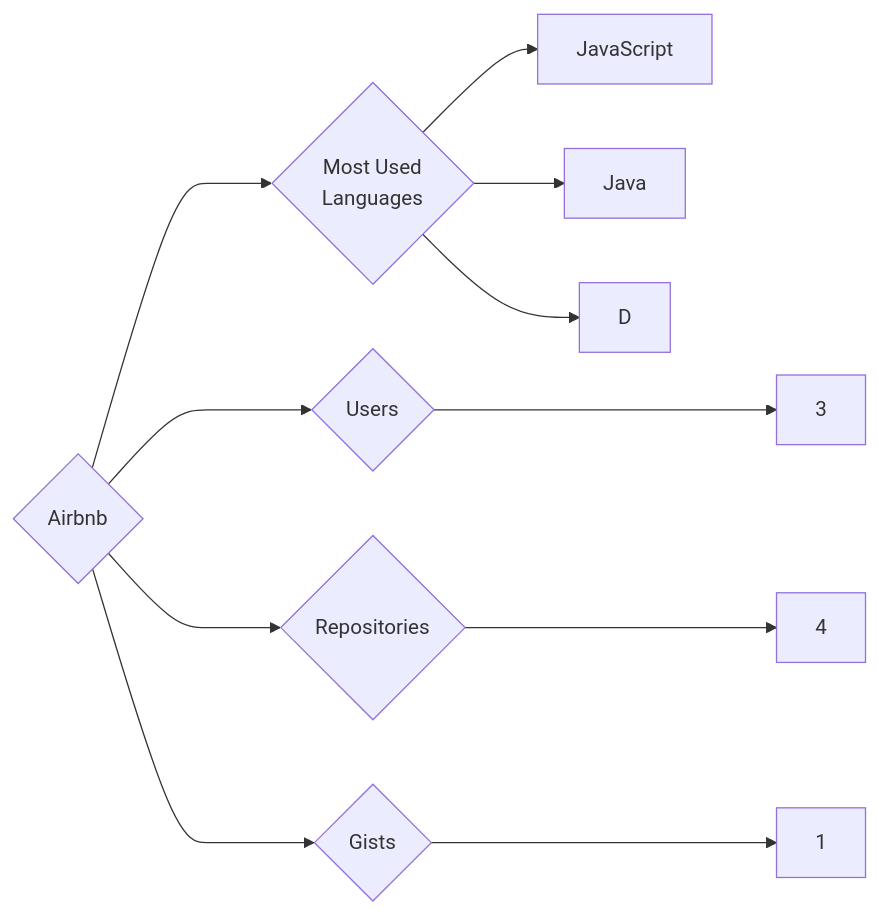
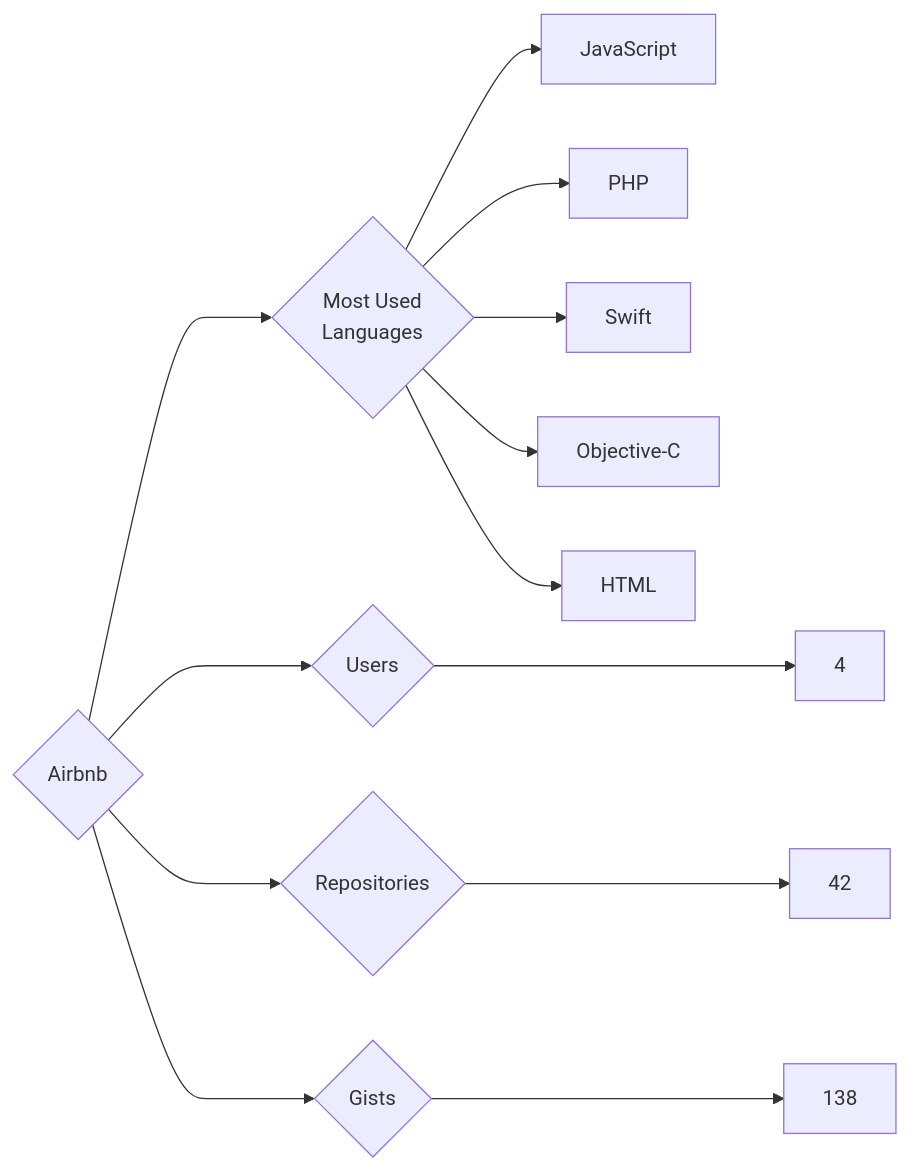
One commit to trickest/insiders changed the diagram in targets/Airbnb/README.md. Above: the diagram before and after it, drawn with Mermaid. The commit also changed 938 other files, not shown here.

````diff
--- a/targets/Airbnb/README.md
+++ b/targets/Airbnb/README.md
@@ -3,11 +3,13 @@
 ```mermaid
 graph LR
 COMPANY_NAME{Airbnb}
-COMPANY_NAME ---> U{Users} ---> UN[3]
-COMPANY_NAME ---> R{Repositories} ---> RN[4]
-COMPANY_NAME ---> G{Gists} ---> GN[1]
+COMPANY_NAME ---> U{Users} ---> UN[4]
+COMPANY_NAME ---> R{Repositories} ---> RN[42]
+COMPANY_NAME ---> G{Gists} ---> GN[138]
 COMPANY_NAME ---> ML{Most Used<br>Languages}
 ML --> JavaScript[JavaScript]
-ML --> Java[Java]
-ML --> D[D]
+ML --> PHP[PHP]
+ML --> Swift[Swift]
+ML --> Objective-C[Objective-C]
+ML --> HTML[HTML]
 ```
````
